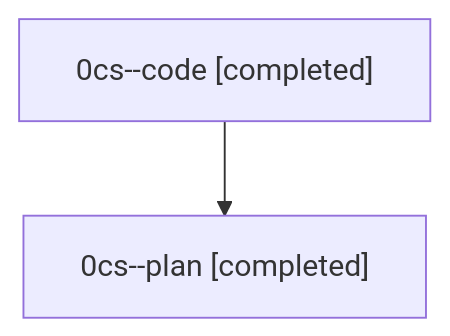
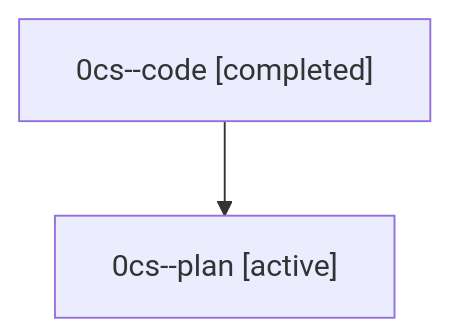
Before and after one commit to sase-org/sase--agents: the diagram in families/bbugyi200.athena.0cs.md, drawn with Mermaid. The commit also changed other lines of this file and 35830 other files, not shown here.

````diff
--- a/families/bbugyi200.athena.0cs.md
+++ b/families/bbugyi200.athena.0cs.md
@@ -9,6 +9,6 @@
 ```mermaid
 flowchart TD
   n0["0cs--code [completed]"]
-  n1["0cs--plan [completed]"]
+  n1["0cs--plan [active]"]
   n0 --> n1
 ```
````
